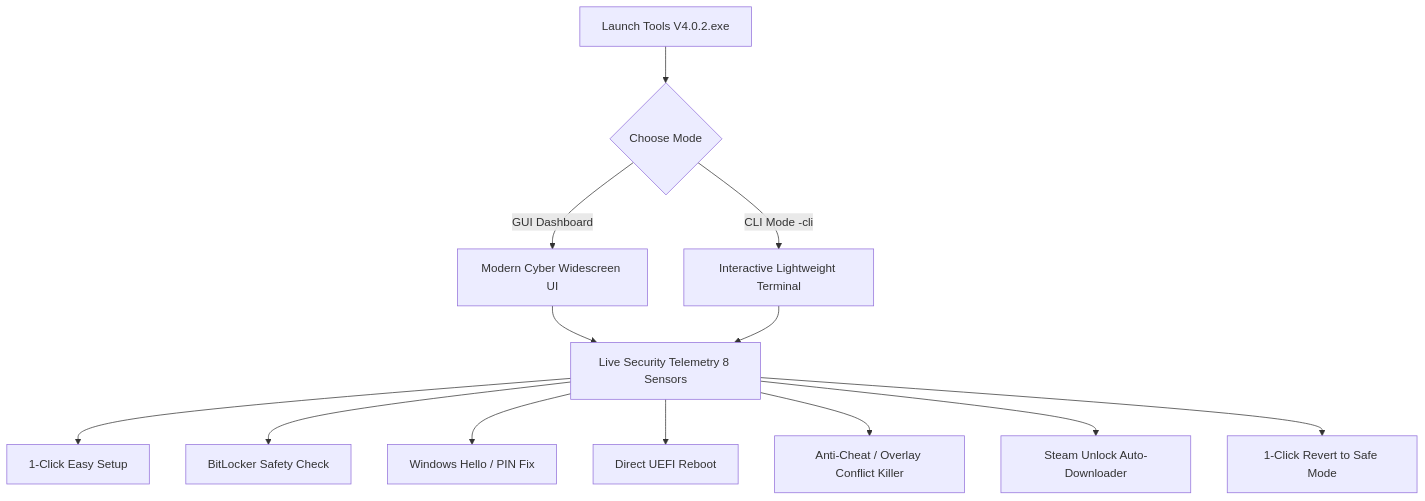
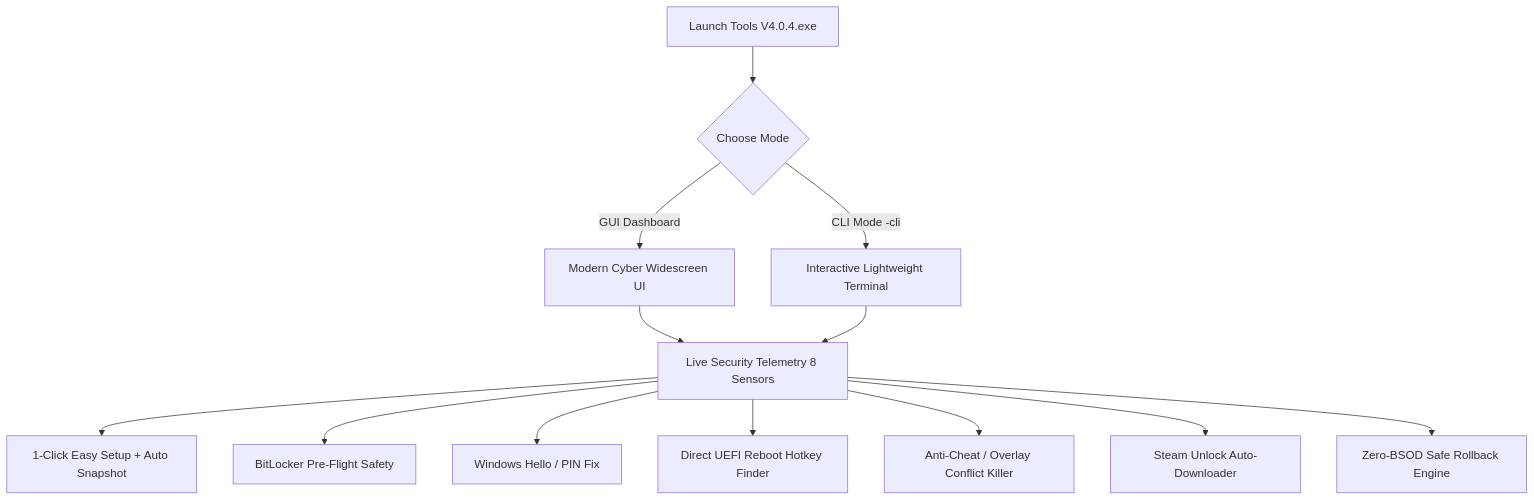
Before and after one commit to ZackTheGrumpy/HV-Tools: the diagram in README.md, drawn with Mermaid. The commit also changed other lines of this file and 7 other files, not shown here.

````diff
--- a/README.md
+++ b/README.md
@@ -57,17 +95,17 @@
 ```mermaid
 flowchart TD
-    A[Launch Tools V4.0.2.exe] --> B{Choose Mode}
+    A[Launch Tools V4.0.4.exe] --> B{Choose Mode}
     B -->|GUI Dashboard| C[Modern Cyber Widescreen UI]
     B -->|CLI Mode -cli| D[Interactive Lightweight Terminal]
     
     C --> E[Live Security Telemetry 8 Sensors]
     D --> E
     
-    E --> F[1-Click Easy Setup]
-    E --> G[BitLocker Safety Check]
+    E --> F[1-Click Easy Setup + Auto Snapshot]
+    E --> G[BitLocker Pre-Flight Safety]
     E --> H[Windows Hello / PIN Fix]
-    E --> I[Direct UEFI Reboot]
+    E --> I[Direct UEFI Reboot Hotkey Finder]
     E --> J[Anti-Cheat / Overlay Conflict Killer]
     E --> K[Steam Unlock Auto-Downloader]
-    E --> L[1-Click Revert to Safe Mode]
+    E --> L[Zero-BSOD Safe Rollback Engine]
 ```
````
